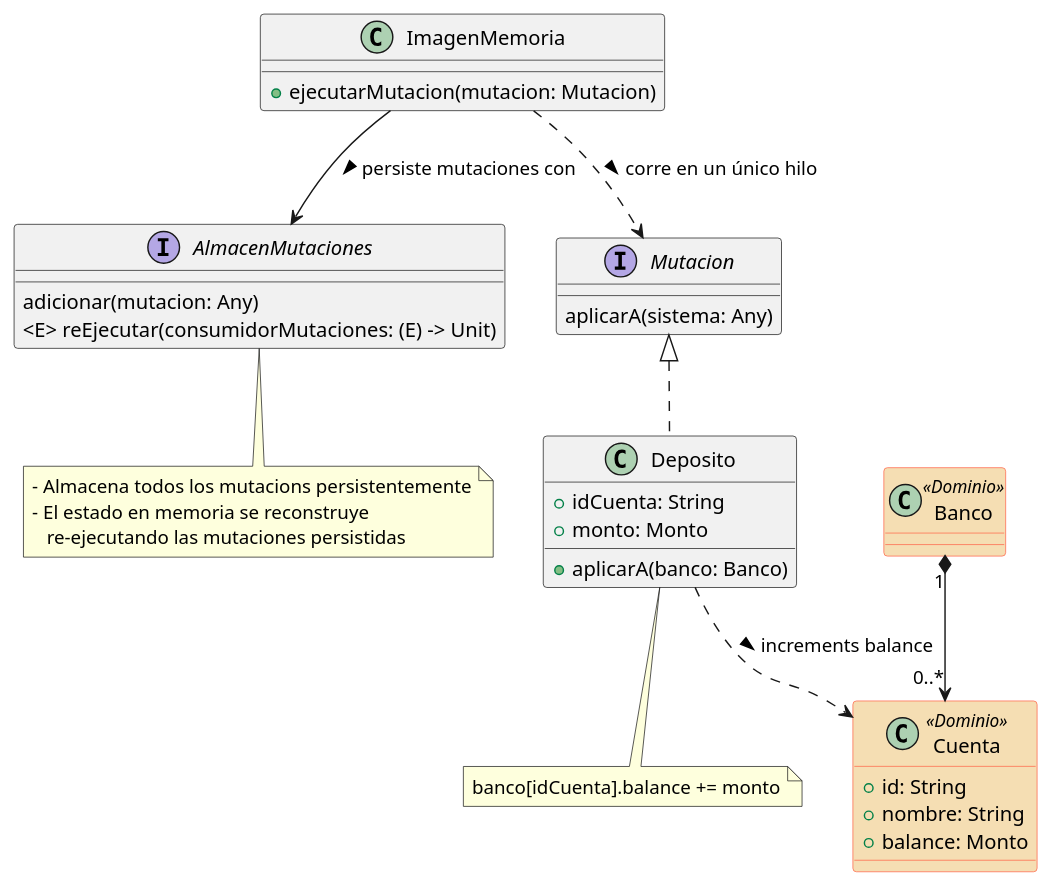
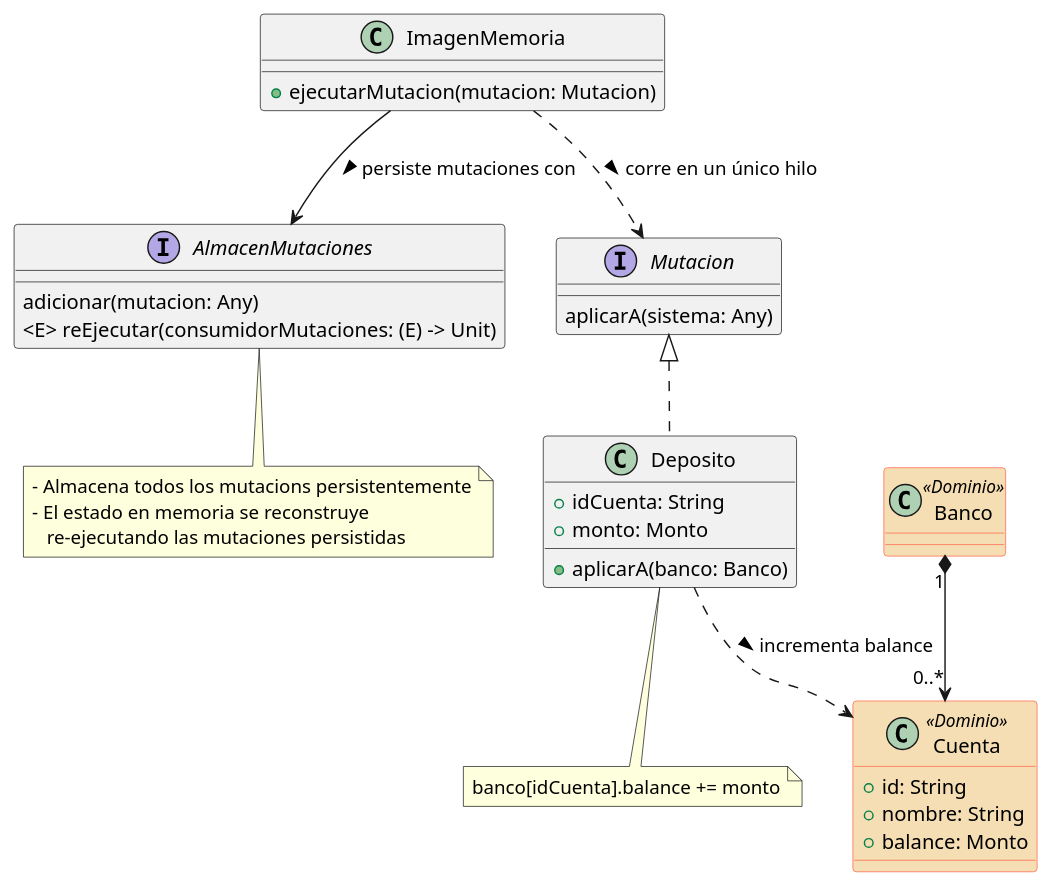
Before and after one commit to xrrocha/jvm-funcional: the diagram in kotlin-memimg/docs/kmemimg-2.puml, drawn with PlantUML. The commit also changed 19 other files, not shown here.

```diff
--- a/kotlin-memimg/docs/kmemimg-2.puml
+++ b/kotlin-memimg/docs/kmemimg-2.puml
@@ -1,46 +1,46 @@
 @startuml
 skinparam class {
     BackgroundColor<<Dominio>> Wheat
     BorderColor<<Dominio>> Tomato
 }
 
 class ImagenMemoria {
     + ejecutarMutacion(mutacion: Mutacion)
 }
 
 interface AlmacenMutaciones {
     adicionar(mutacion: Any)
     <E> reEjecutar(consumidorMutaciones: (E) -> Unit)
 }
 ImagenMemoria --> AlmacenMutaciones: persiste mutaciones con >
 note bottom of AlmacenMutaciones
     - Almacena todos los mutacions persistentemente
     - El estado en memoria se reconstruye
        re-ejecutando las mutaciones persistidas
 end note
 
 interface Mutacion {
     aplicarA(sistema: Any)
 }
 ImagenMemoria ..> Mutacion: corre en un único hilo >
 
 class Banco <<Dominio>> {
 }
 class Cuenta <<Dominio>> {
     + id: String
     + nombre: String
     + balance: Monto
 }
 Banco "1" *--> "0..*" Cuenta
 
 class Deposito implements Mutacion {
     + idCuenta: String
     + monto: Monto
     + aplicarA(banco: Banco)
 }
-Deposito ..> Cuenta: increments balance >
+Deposito ..> Cuenta: incrementa balance >
 note bottom of Deposito
     banco[idCuenta].balance += monto
 end note
 
 @enduml
```
